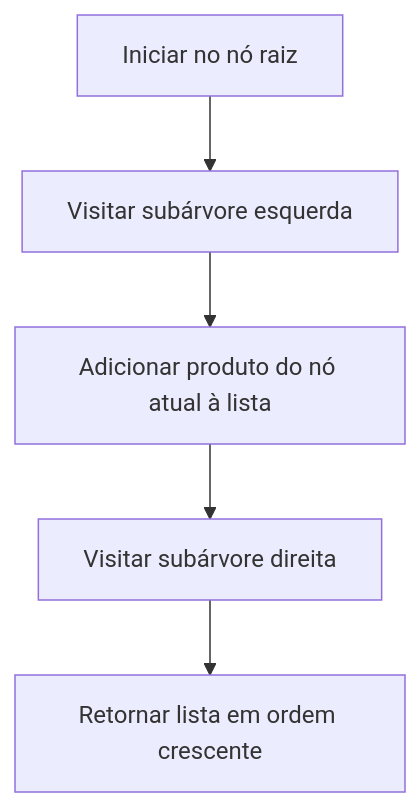
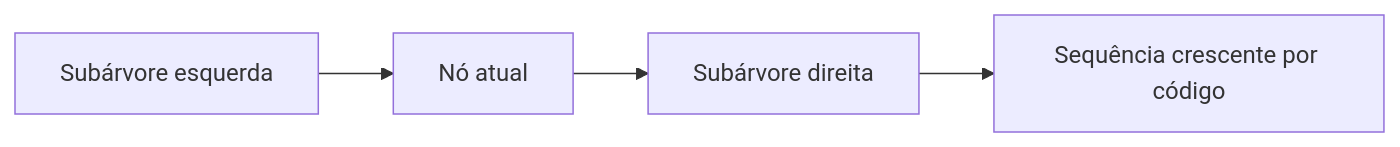
The sixth of 7 diagrams in docs/MODELAGEM_MERMAID.md (DEVguedes1/amazoff), drawn with Mermaid before and after one commit. The commit also changed other lines of this file and 32 other files, not shown here.

````diff
--- a/docs/MODELAGEM_MERMAID.md
+++ b/docs/MODELAGEM_MERMAID.md
@@ -192,7 +118,6 @@
 ```mermaid
-flowchart TD
-  Inicio[Iniciar no nó raiz] --> Esquerda[Visitar subárvore esquerda]
-  Esquerda --> Atual[Adicionar produto do nó atual à lista]
-  Atual --> Direita[Visitar subárvore direita]
-  Direita --> Fim[Retornar lista em ordem crescente]
+flowchart LR
+  E[Subárvore esquerda] --> N[Nó atual]
+  N --> D[Subárvore direita]
+  D --> O[Sequência crescente por código]
 ```
````
